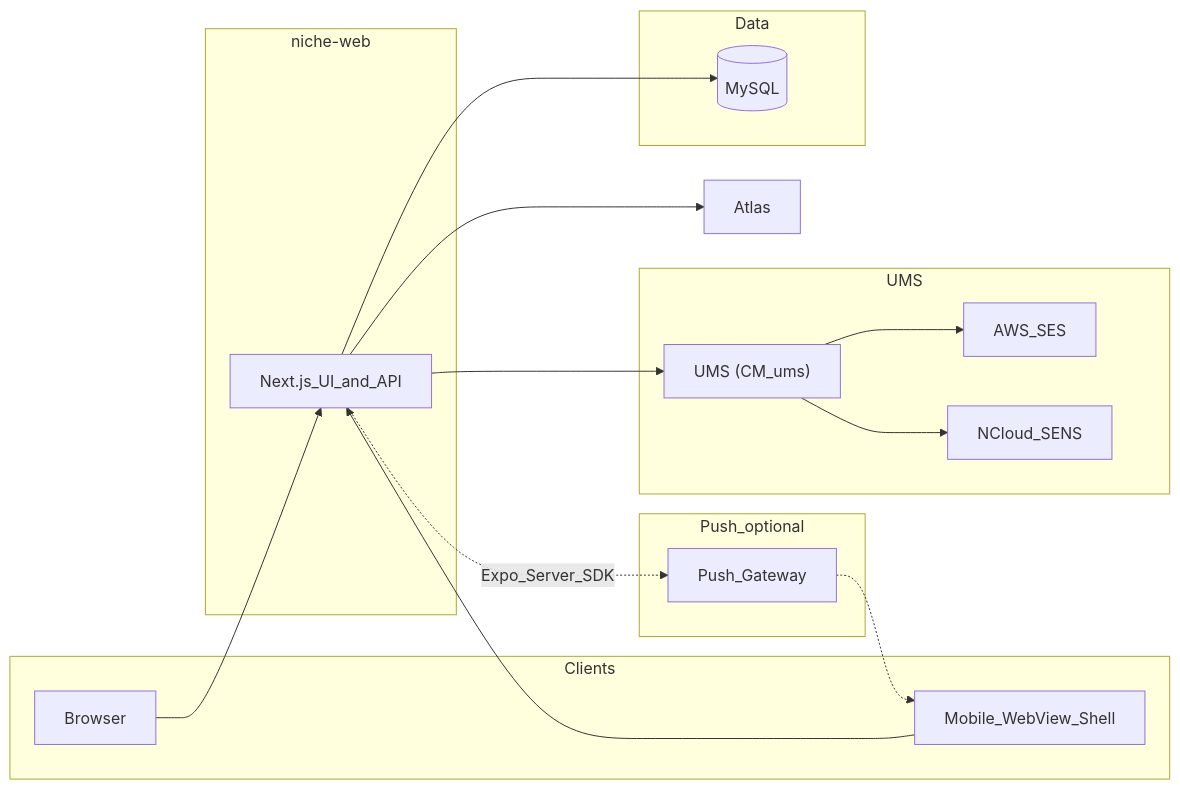
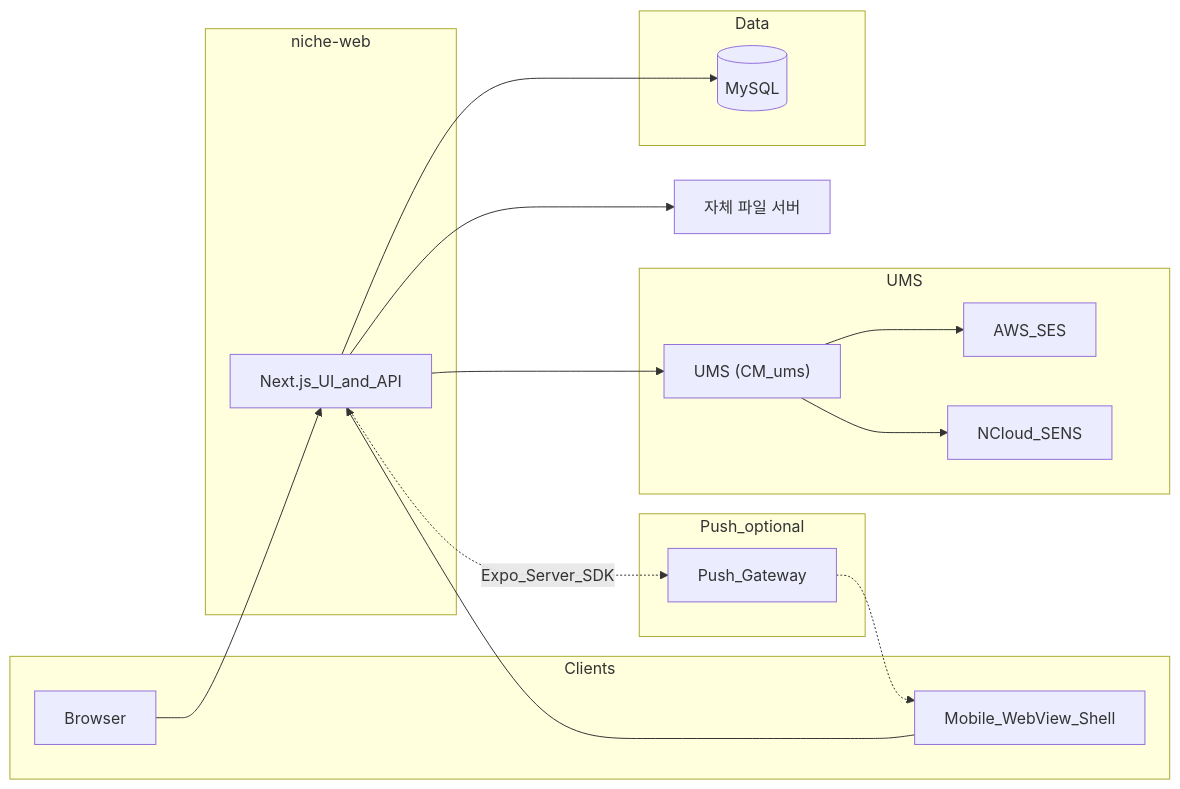
Before and after one commit to minhyukwang/minhyukwang: the second of 5 diagrams in projects/vertical-commerce.md, drawn with Mermaid. The commit also changed other lines of this file and 3 other files, not shown here.

````diff
--- a/projects/vertical-commerce.md
+++ b/projects/vertical-commerce.md
@@ -70,30 +70,30 @@
 ```mermaid
 flowchart LR
   subgraph clients [Clients]
     Browser[Browser]
     MobileApp[Mobile_WebView_Shell]
   end
   subgraph web [niche-web]
     NextJS[Next.js_UI_and_API]
   end
   subgraph data [Data]
     MySQL[(MySQL)]
   end
   subgraph push [Push_optional]
     PushGW[Push_Gateway]
   end
   subgraph msg [UMS]
     UMSPkg["UMS (CM_ums)"]
     SESNode[AWS_SES]
     NCNode[NCloud_SENS]
   end
   Browser --> NextJS
   MobileApp --> NextJS
   NextJS --> MySQL
-  NextJS --> AtlasFS[Atlas]
+  NextJS --> FileSrvFS[자체 파일 서버]
   NextJS --> UMSPkg
   UMSPkg --> SESNode
   UMSPkg --> NCNode
   NextJS -.->|Expo_Server_SDK| PushGW
   PushGW -.-> MobileApp
 ```
````
